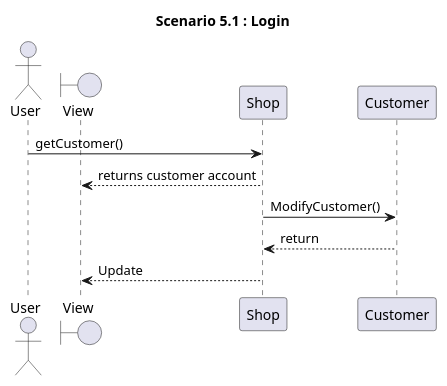
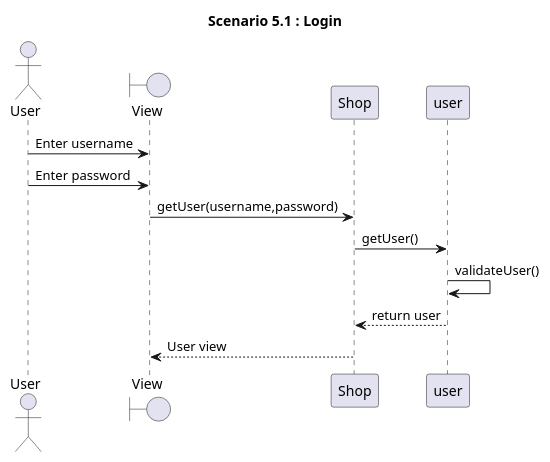
Before and after one commit to zitabou/EZShop: diagram 16 of 32 in Deliverables/DesignDocument.md, drawn with PlantUML.

Commit message:
add: scenario 5.2

````diff
--- a/Deliverables/DesignDocument.md
+++ b/Deliverables/DesignDocument.md
@@ -530,17 +530,18 @@
 ```plantuml
 
 
 title 
 **Scenario 5.1** : Login
 end title
 
 actor User
 Boundary View
-User -> Shop: getCustomer()
-Shop --> View: returns customer account
-Shop -> Customer: ModifyCustomer()
-Customer --> Shop: return 
-Shop --> View: Update 
-
+User -> View: Enter username
+User -> View: Enter password
+View -> Shop:getUser(username,password)
+Shop -> user: getUser()
+user -> user: validateUser()
+user --> Shop: return user
+Shop --> View: User view
 
 ```
````
